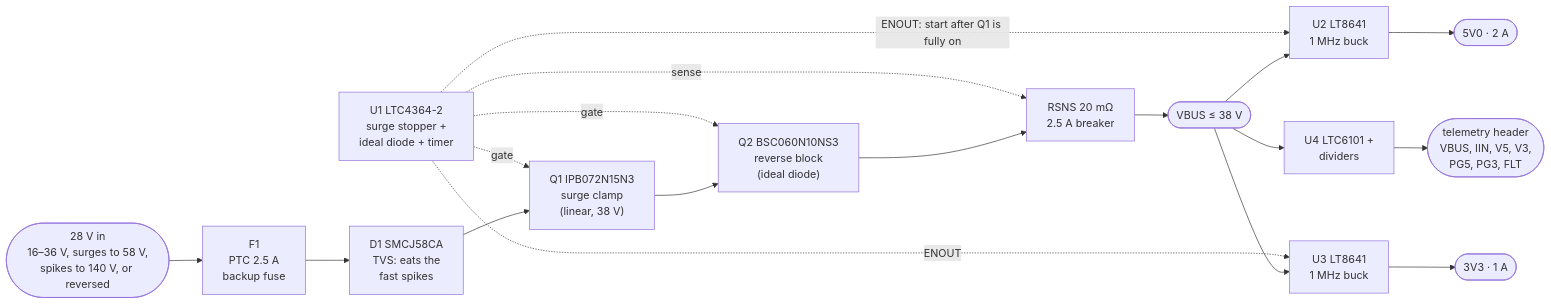
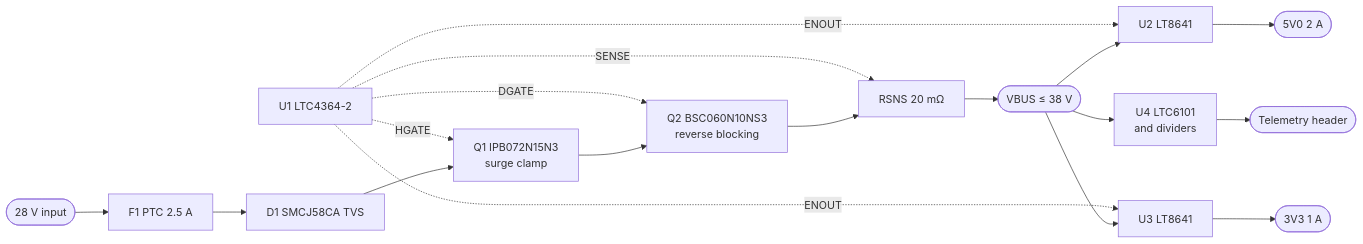
One commit to nguyyy/28v-protected-power-module changed the diagram in README.md. Above: the diagram before and after it, drawn with Mermaid. The commit also changed other lines of this file and 20 other files, not shown here.

````diff
--- a/README.md
+++ b/README.md
@@ -39,20 +39,20 @@
 ```mermaid
 flowchart LR
-    IN(["28 V in<br/>16–36 V, surges to 58 V,<br/>spikes to 140 V, or reversed"]) --> F1["F1<br/>PTC 2.5 A<br/>backup fuse"]
-    F1 --> D1["D1 SMCJ58CA<br/>TVS: eats the<br/>fast spikes"]
-    D1 --> Q1["Q1 IPB072N15N3<br/>surge clamp<br/>(linear, 38 V)"]
-    Q1 --> Q2["Q2 BSC060N10NS3<br/>reverse block<br/>(ideal diode)"]
-    Q2 --> RS["RSNS 20 mΩ<br/>2.5 A breaker"]
+    IN(["28 V input"]) --> F1["F1 PTC 2.5 A"]
+    F1 --> D1["D1 SMCJ58CA TVS"]
+    D1 --> Q1["Q1 IPB072N15N3<br/>surge clamp"]
+    Q1 --> Q2["Q2 BSC060N10NS3<br/>reverse blocking"]
+    Q2 --> RS["RSNS 20 mΩ"]
     RS --> BUS(["VBUS ≤ 38 V"])
-    U1["U1 LTC4364-2<br/>surge stopper +<br/>ideal diode + timer"] -.->|gate| Q1
-    U1 -.->|gate| Q2
-    U1 -.->|sense| RS
-    BUS --> B5["U2 LT8641<br/>1 MHz buck"]
-    B5 --> V5(["5V0 · 2 A"])
-    BUS --> B3["U3 LT8641<br/>1 MHz buck"]
-    B3 --> V3(["3V3 · 1 A"])
-    U1 -.->|"ENOUT: start after Q1 is fully on"| B5
+    U1["U1 LTC4364-2"] -.->|HGATE| Q1
+    U1 -.->|DGATE| Q2
+    U1 -.->|SENSE| RS
+    BUS --> B5["U2 LT8641"]
+    B5 --> V5(["5V0 2 A"])
+    BUS --> B3["U3 LT8641"]
+    B3 --> V3(["3V3 1 A"])
+    U1 -.->|ENOUT| B5
     U1 -.->|ENOUT| B3
-    BUS --> TM["U4 LTC6101 +<br/>dividers"]
-    TM --> HDR(["telemetry header<br/>VBUS, IIN, V5, V3,<br/>PG5, PG3, FLT"])
+    BUS --> TM["U4 LTC6101<br/>and dividers"]
+    TM --> HDR(["Telemetry header"])
 ```
````
